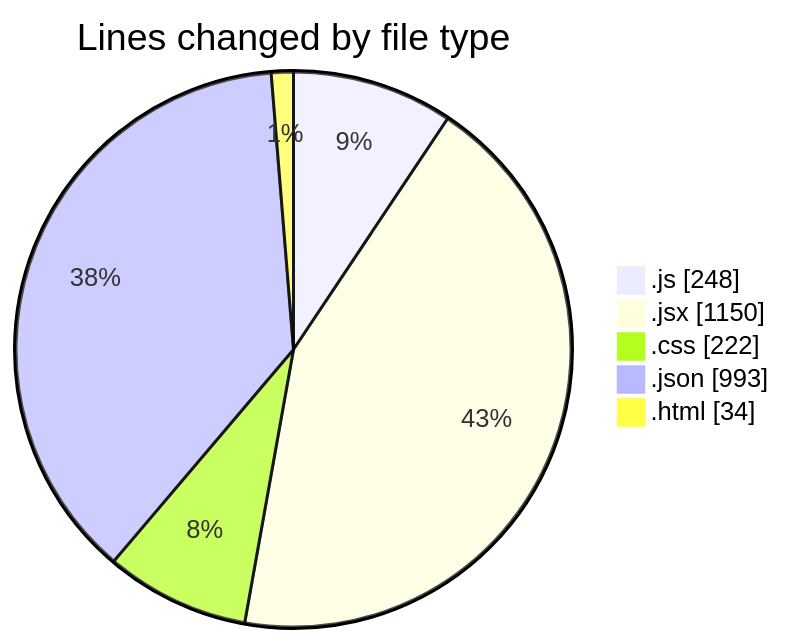
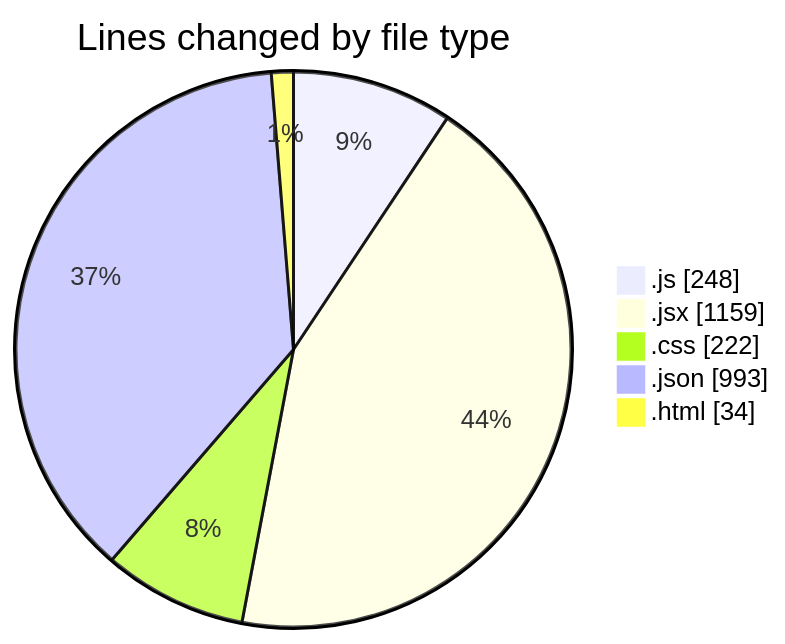
Before and after one commit to Ritupan-Deka/code-tracking: the first of 2 diagrams in 2025-07-01/urlwebwalatask/README.md, drawn with Mermaid. The commit also changed other lines of this file and 1 other file, not shown here.

````diff
--- a/2025-07-01/urlwebwalatask/README.md
+++ b/2025-07-01/urlwebwalatask/README.md
@@ -31,9 +31,9 @@
 ```mermaid
 pie showData
 title Lines changed by file type
 ".js" : 248
-".jsx" : 1150
+".jsx" : 1159
 ".css" : 222
 ".json" : 993
 ".html" : 34
 ```
````
